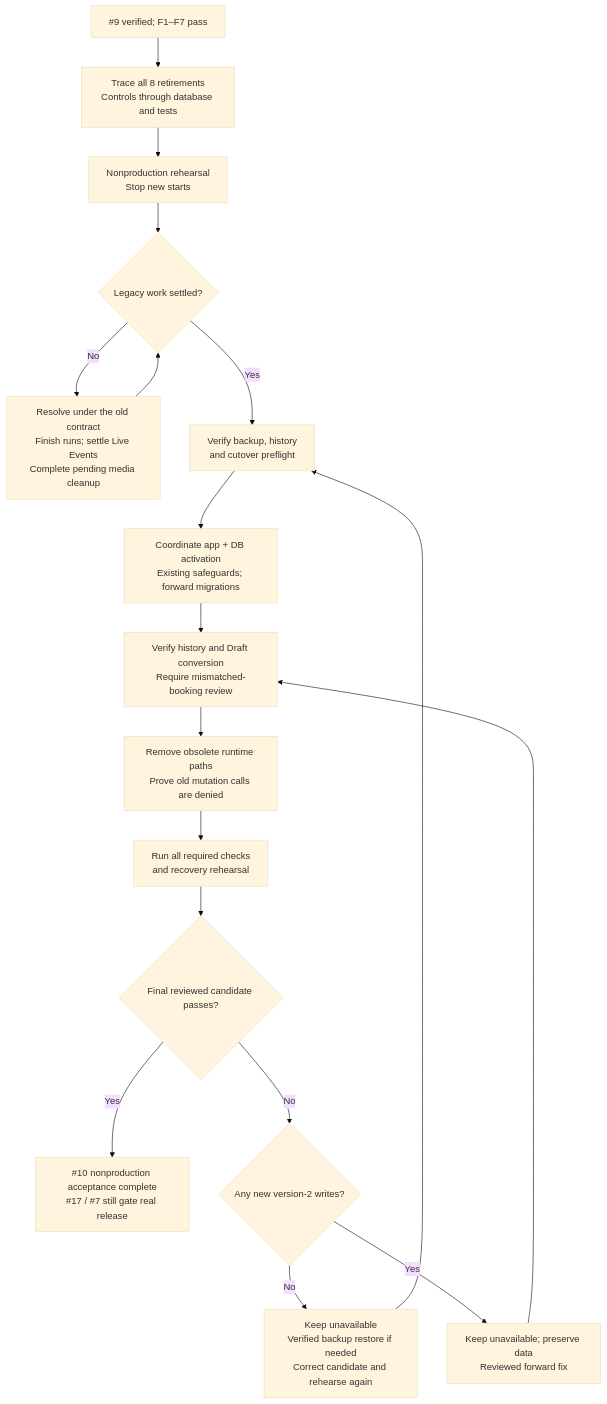
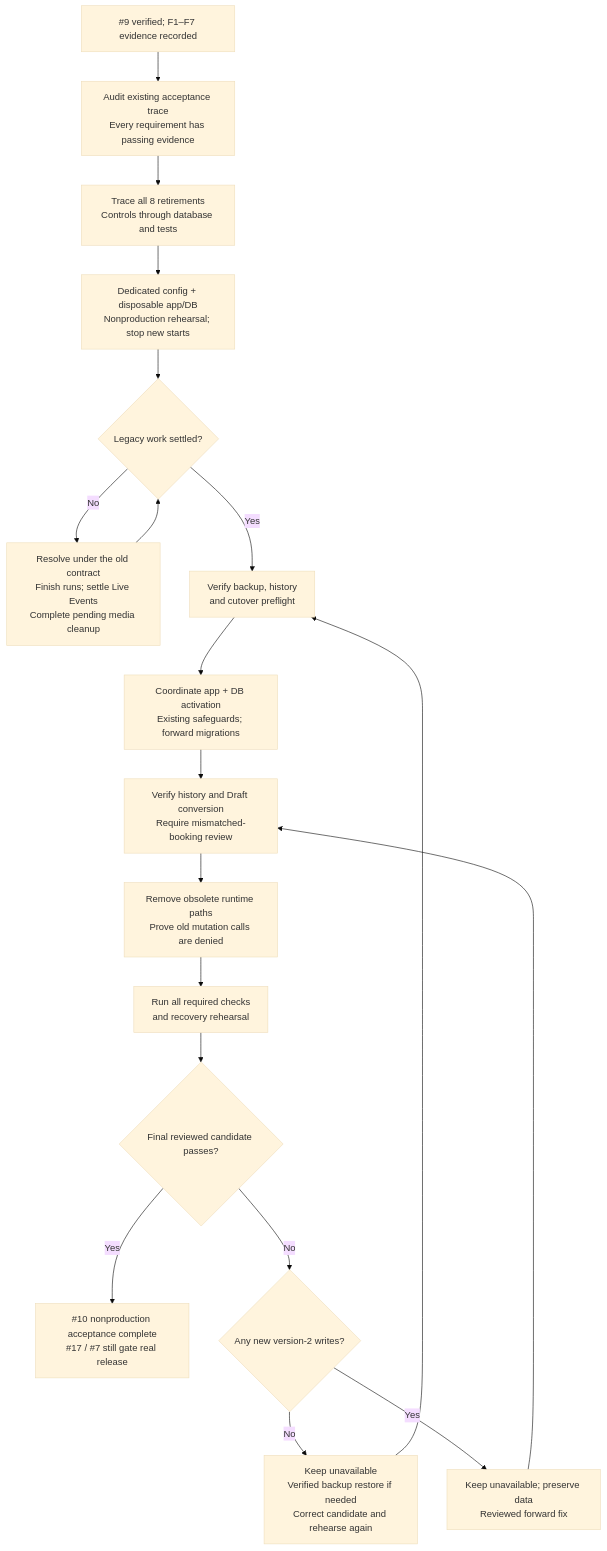
Before and after one commit to noelorph/diy-instax-photobooth: the ninth of 10 diagrams in docs/diagrams/issue-10-functional-breakdown.md, drawn with Mermaid (base theme). The commit also changed other lines of this file and 23 other files, not shown here.

````diff
--- a/docs/diagrams/issue-10-functional-breakdown.md
+++ b/docs/diagrams/issue-10-functional-breakdown.md
@@ -233,20 +239,21 @@
 ```mermaid
 flowchart TD
-  START["#9 verified; F1–F7 pass"] --> TRACE["Trace all 8 retirements<br/>Controls through database and tests"]
-  TRACE --> STOP["Nonproduction rehearsal<br/>Stop new starts"]
+  START["#9 verified; F1–F7 evidence recorded"] --> EVIDENCE["Audit existing acceptance trace<br/>Every requirement has passing evidence"]
+  EVIDENCE --> TRACE["Trace all 8 retirements<br/>Controls through database and tests"]
+  TRACE --> STOP["Dedicated config + disposable app/DB<br/>Nonproduction rehearsal; stop new starts"]
   STOP --> LEGACY{"Legacy work settled?"}
   LEGACY -->|No| SETTLE["Resolve under the old contract<br/>Finish runs; settle Live Events<br/>Complete pending media cleanup"]
   SETTLE --> LEGACY
   LEGACY -->|Yes| BACKUP["Verify backup, history<br/>and cutover preflight"]
   BACKUP --> ACTIVATE["Coordinate app + DB activation<br/>Existing safeguards; forward migrations"]
   ACTIVATE --> PRESERVE["Verify history and Draft conversion<br/>Require mismatched-booking review"]
   PRESERVE --> DENY["Remove obsolete runtime paths<br/>Prove old mutation calls are denied"]
   DENY --> VERIFY["Run all required checks<br/>and recovery rehearsal"]
   VERIFY --> PASS{"Final reviewed candidate passes?"}
   PASS -->|Yes| DONE["#10 nonproduction acceptance complete<br/>#17 / #7 still gate real release"]
   PASS -->|No| WRITES{"Any new version-2 writes?"}
   WRITES -->|No| RESTORE["Keep unavailable<br/>Verified backup restore if needed<br/>Correct candidate and rehearse again"]
   RESTORE --> BACKUP
   WRITES -->|Yes| FORWARD["Keep unavailable; preserve data<br/>Reviewed forward fix"]
   FORWARD --> PRESERVE
 ```
````
